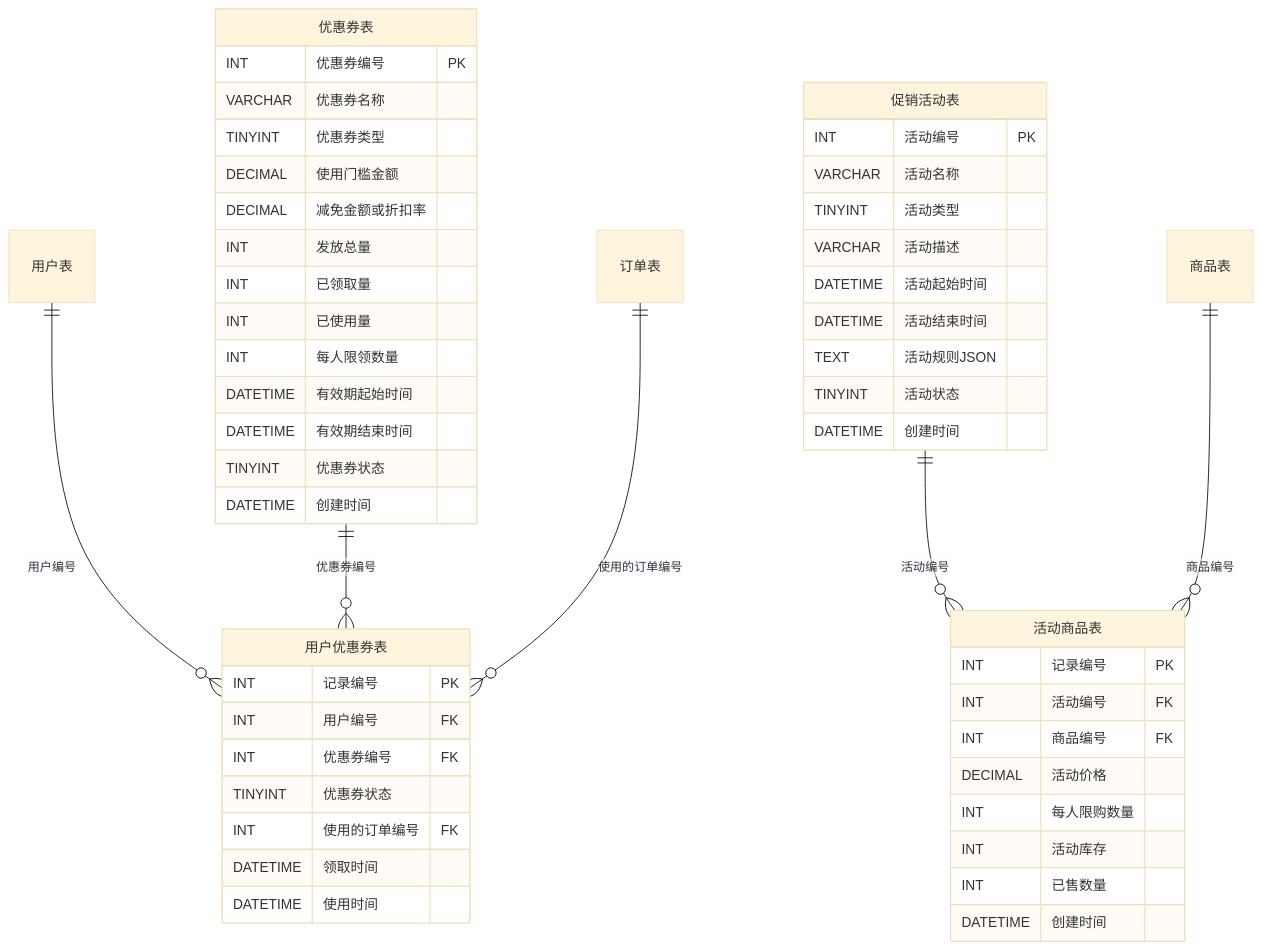
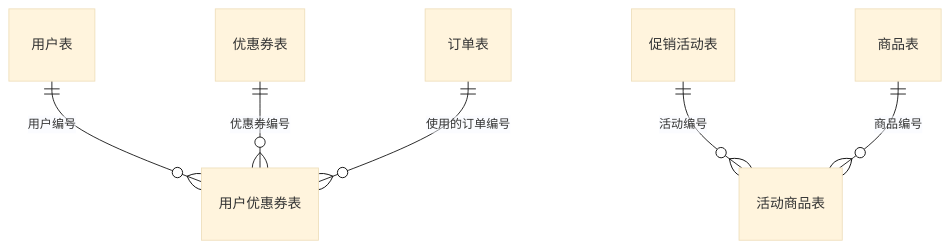
The fifth of 6 diagrams in ER图.md (yangboyuth/effective-palm-tree), drawn with Mermaid (base theme) before and after one commit. The commit also changed other lines of this file, not shown here.

Commit message:
修复ER图Mermaid语法兼容性问题

````diff
--- a/ER图.md
+++ b/ER图.md
@@ -301,53 +100,8 @@
 ```mermaid
 erDiagram
-    优惠券表 {
-        INT 优惠券编号 PK
-        VARCHAR 优惠券名称
-        TINYINT 优惠券类型
-        DECIMAL 使用门槛金额
-        DECIMAL 减免金额或折扣率
-        INT 发放总量
-        INT 已领取量
-        INT 已使用量
-        INT 每人限领数量
-        DATETIME 有效期起始时间
-        DATETIME 有效期结束时间
-        TINYINT 优惠券状态
-        DATETIME 创建时间
-    }
-    用户优惠券表 {
-        INT 记录编号 PK
-        INT 用户编号 FK
-        INT 优惠券编号 FK
-        TINYINT 优惠券状态
-        INT 使用的订单编号 FK
-        DATETIME 领取时间
-        DATETIME 使用时间
-    }
-    促销活动表 {
-        INT 活动编号 PK
-        VARCHAR 活动名称
-        TINYINT 活动类型
-        VARCHAR 活动描述
-        DATETIME 活动起始时间
-        DATETIME 活动结束时间
-        TEXT 活动规则JSON
-        TINYINT 活动状态
-        DATETIME 创建时间
-    }
-    活动商品表 {
-        INT 记录编号 PK
-        INT 活动编号 FK
-        INT 商品编号 FK
-        DECIMAL 活动价格
-        INT 每人限购数量
-        INT 活动库存
-        INT 已售数量
-        DATETIME 创建时间
-    }
     用户表 ||--o{ 用户优惠券表 : "用户编号"
     优惠券表 ||--o{ 用户优惠券表 : "优惠券编号"
     订单表 ||--o{ 用户优惠券表 : "使用的订单编号"
     促销活动表 ||--o{ 活动商品表 : "活动编号"
     商品表 ||--o{ 活动商品表 : "商品编号"
 ```
````
